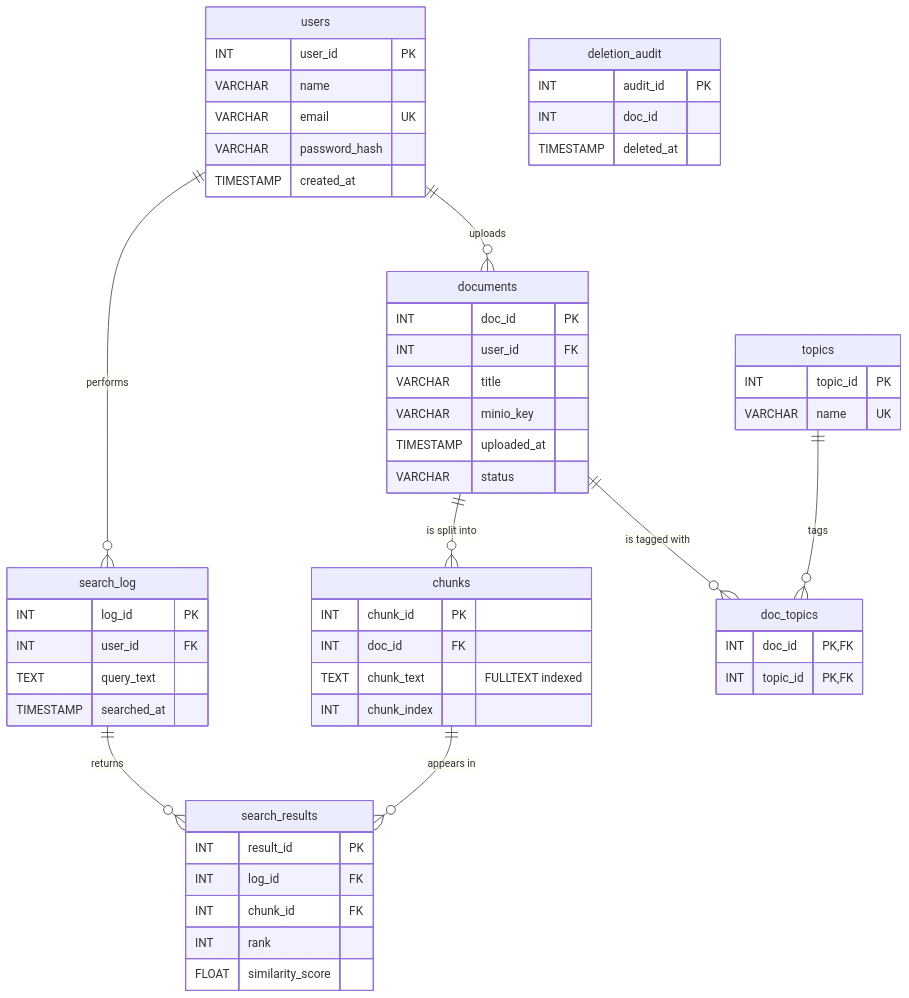
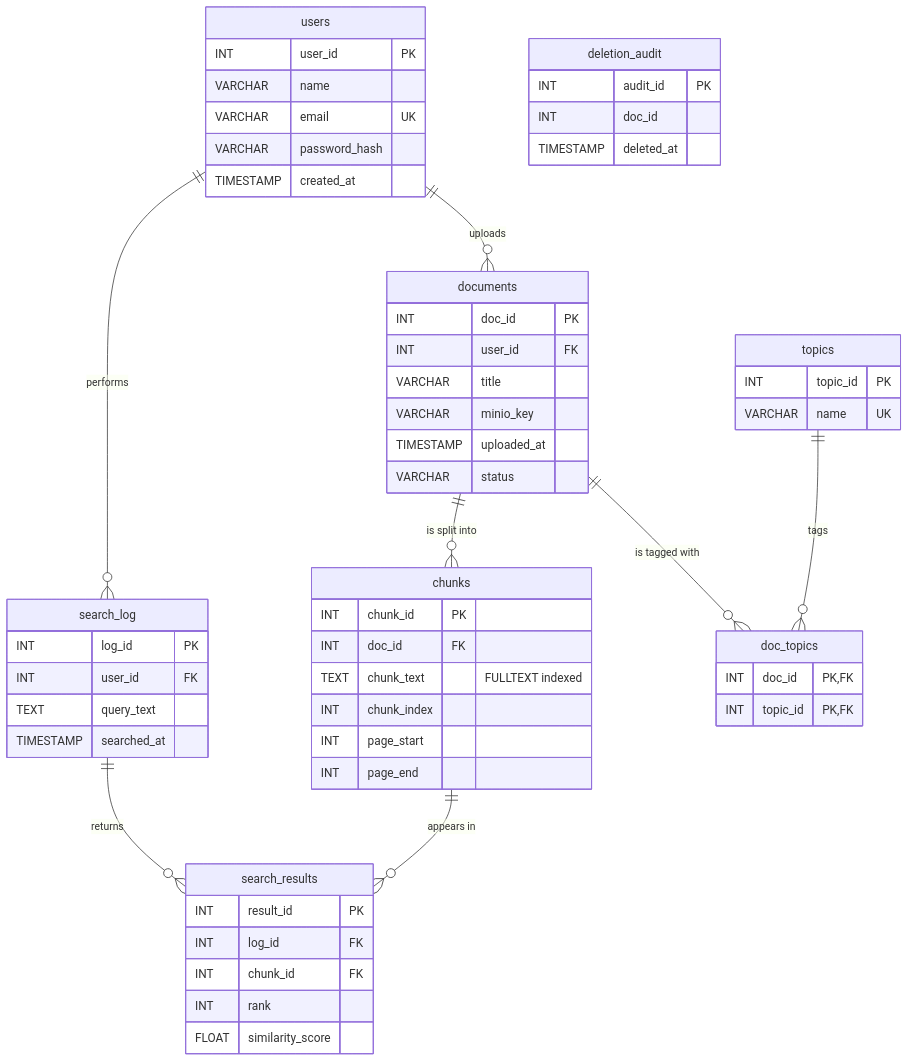
Before and after one commit to TahirSiddique092/prism: the first of 6 diagrams in docs/data/relational-schema.md, drawn with Mermaid. The commit also changed other lines of this file and 23 other files, not shown here.

````diff
--- a/docs/data/relational-schema.md
+++ b/docs/data/relational-schema.md
@@ -23,58 +23,60 @@
 ```mermaid
 erDiagram
     users ||--o{ documents : "uploads"
     users ||--o{ search_log : "performs"
     documents ||--o{ chunks : "is split into"
     documents ||--o{ doc_topics : "is tagged with"
     topics ||--o{ doc_topics : "tags"
     search_log ||--o{ search_results : "returns"
     chunks ||--o{ search_results : "appears in"
 
     users {
         INT user_id PK
         VARCHAR name
         VARCHAR email UK
         VARCHAR password_hash
         TIMESTAMP created_at
     }
     documents {
         INT doc_id PK
         INT user_id FK
         VARCHAR title
         VARCHAR minio_key
         TIMESTAMP uploaded_at
         VARCHAR status
     }
     chunks {
         INT chunk_id PK
         INT doc_id FK
         TEXT chunk_text "FULLTEXT indexed"
         INT chunk_index
+        INT page_start
+        INT page_end
     }
     topics {
         INT topic_id PK
         VARCHAR name UK
     }
     doc_topics {
         INT doc_id PK, FK
         INT topic_id PK, FK
     }
     search_log {
         INT log_id PK
         INT user_id FK
         TEXT query_text
         TIMESTAMP searched_at
     }
     search_results {
         INT result_id PK
         INT log_id FK
         INT chunk_id FK
         INT rank
         FLOAT similarity_score
     }
     deletion_audit {
         INT audit_id PK
         INT doc_id
         TIMESTAMP deleted_at
     }
 ```
````
